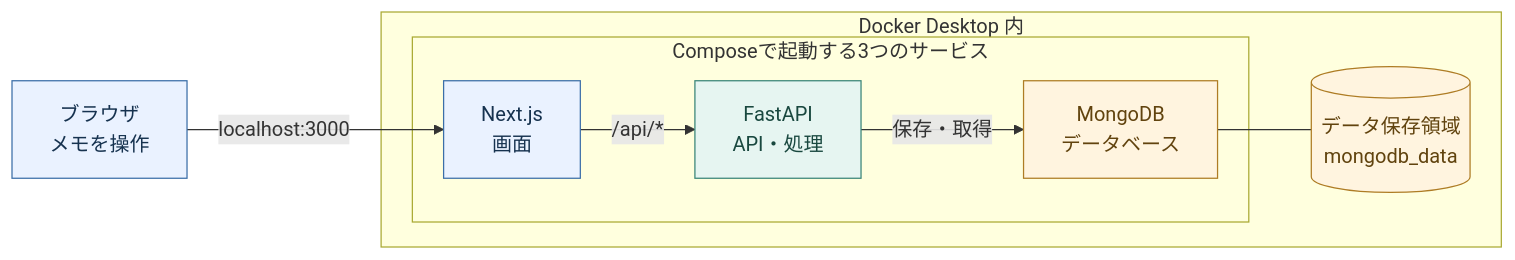
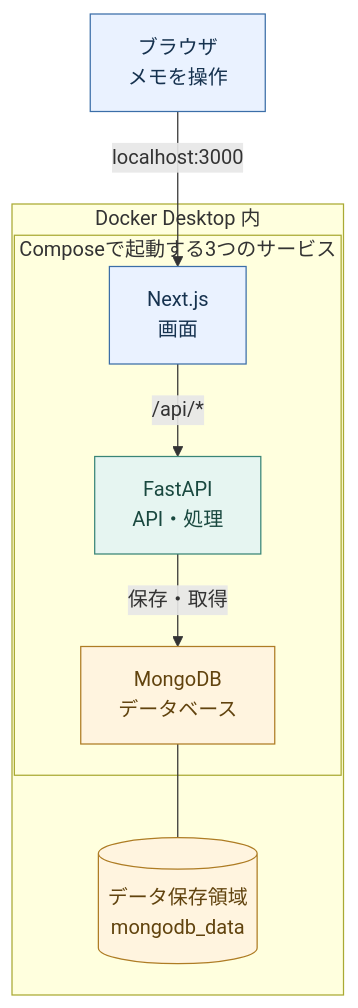
Before and after one commit to naoya424/morimoto-lab-starter: the diagram in README.md, drawn with Mermaid.

Commit message:
Improve architecture diagram readability

````diff
--- a/README.md
+++ b/README.md
@@ -18,23 +18,23 @@
 ```mermaid
-flowchart LR
+flowchart TB
     browser["ブラウザ<br/>メモを操作"]
     subgraph docker["Docker Desktop 内"]
         subgraph services["Composeで起動する3つのサービス"]
             frontend["Next.js<br/>画面"]
             backend["FastAPI<br/>API・処理"]
             mongodb["MongoDB<br/>データベース"]
             frontend -->|"/api/*"| backend
             backend -->|"保存・取得"| mongodb
         end
         data[("データ保存領域<br/>mongodb_data")]
         mongodb --- data
     end
     browser -->|"localhost:3000"| frontend
 
     classDef screen fill:#eaf2ff,stroke:#3b6ea8,color:#16324f;
     classDef api fill:#e6f5f1,stroke:#398577,color:#19483f;
     classDef storage fill:#fff4df,stroke:#ae7c24,color:#61430e;
     class browser,frontend screen;
     class backend api;
     class mongodb,data storage;
 ```
````
